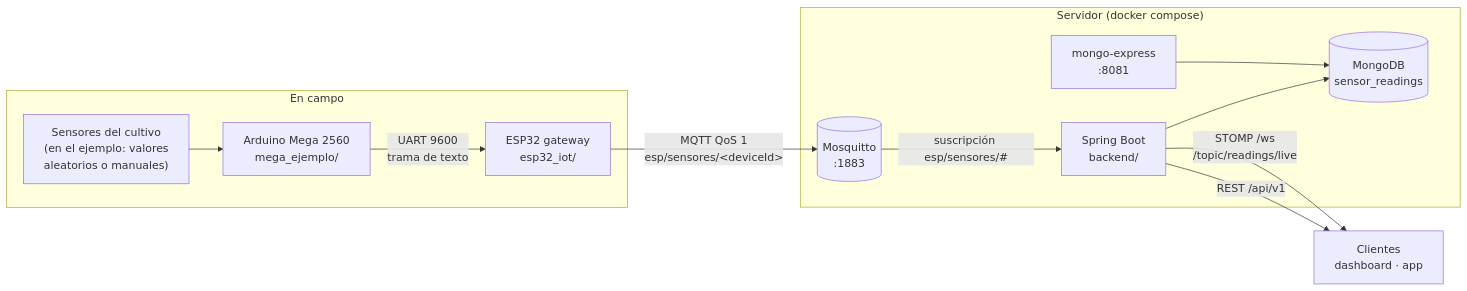
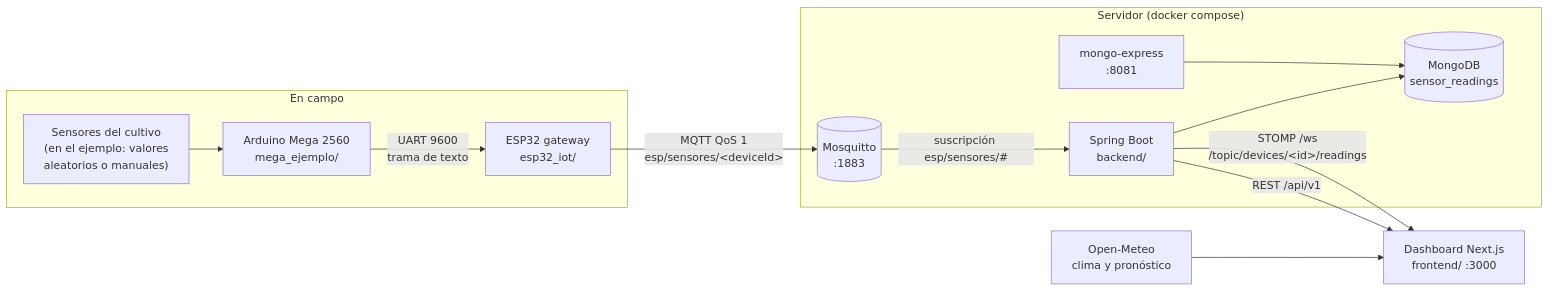
The first of 2 diagrams in README.md (Jostero32/Sistema-Riego-IoT), drawn with Mermaid before and after one commit. The commit also changed other lines of this file and 12 other files, not shown here.

Commit message:
Dashboard Next.js en Docker, capturas en vivo, portada y créditos del frontend

````diff
--- a/README.md
+++ b/README.md
@@ -21,19 +31,20 @@
 ```mermaid
 flowchart LR
     subgraph CAMPO["En campo"]
         S["Sensores del cultivo<br/>(en el ejemplo: valores<br/>aleatorios o manuales)"] --> M["Arduino Mega 2560<br/>mega_ejemplo/"]
         M -->|"UART 9600<br/>trama de texto"| E["ESP32 gateway<br/>esp32_iot/"]
     end
     subgraph SERVIDOR["Servidor (docker compose)"]
         B[("Mosquitto<br/>:1883")]
         API["Spring Boot<br/>backend/"]
         DB[("MongoDB<br/>sensor_readings")]
         ME["mongo-express<br/>:8081"]
     end
     E -->|"MQTT QoS 1<br/>esp/sensores/&lt;deviceId&gt;"| B
     B -->|"suscripción esp/sensores/#"| API
     API --> DB
     ME --> DB
-    API -->|"REST /api/v1"| C["Clientes<br/>dashboard · app"]
-    API -->|"STOMP /ws<br/>/topic/readings/live"| C
+    API -->|"REST /api/v1"| C["Dashboard Next.js<br/>frontend/ :3000"]
+    API -->|"STOMP /ws<br/>/topic/devices/&lt;id&gt;/readings"| C
+    OM["Open-Meteo<br/>clima y pronóstico"] --> C
 ```
````
